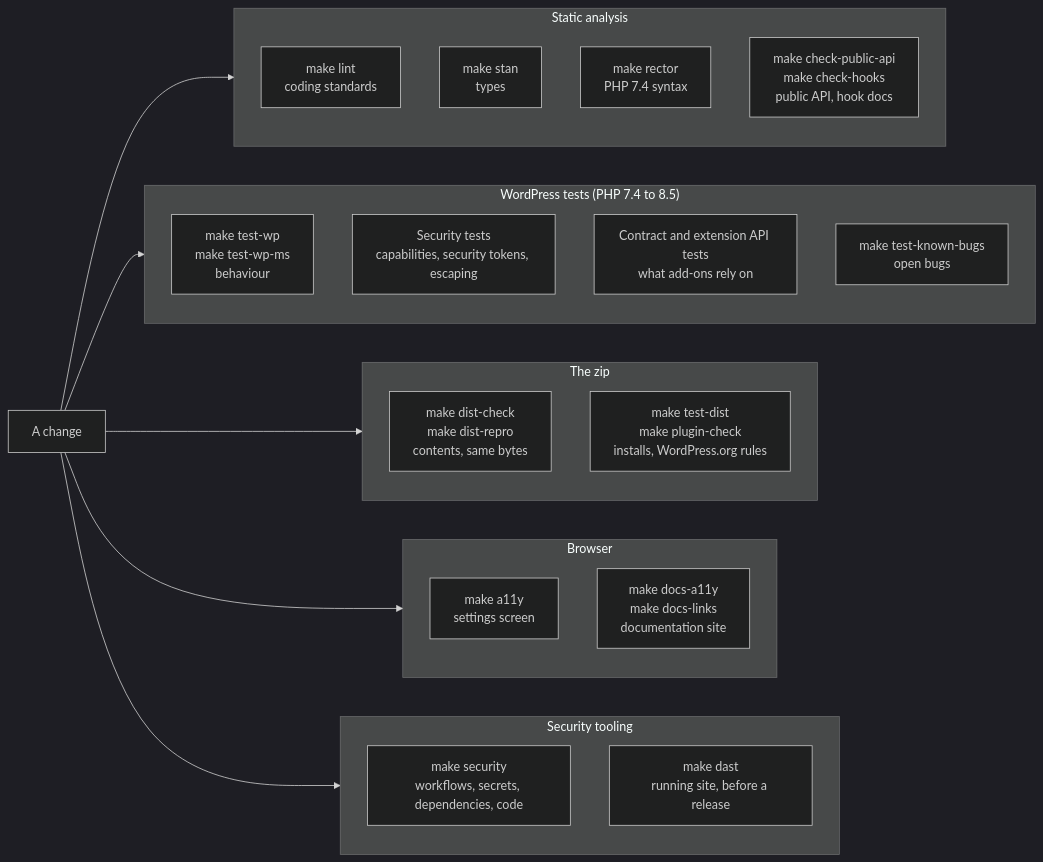
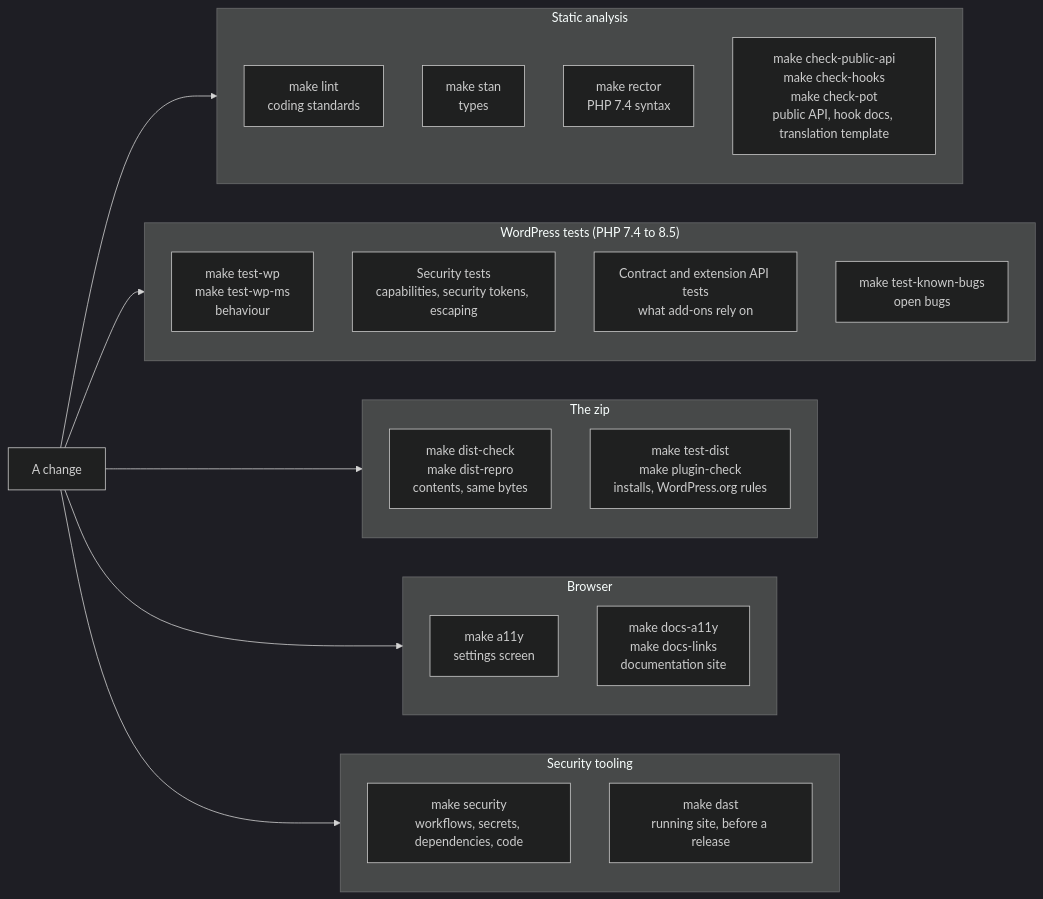
One commit to l3rady/wp-updates-notifier changed the diagram in docs/developers/testing.md. Above: the diagram before and after it, drawn with Mermaid (dark theme). The commit also changed other lines of this file and 5 other files, not shown here.

First line of the commit message:
build(i18n): generate the translation template and check it in ci

````diff
--- a/docs/developers/testing.md
+++ b/docs/developers/testing.md
@@ -5,33 +5,33 @@
 ```mermaid
 flowchart LR
     change["A change"] --> static
     change --> wp
     change --> pkg
     change --> browser
     change --> sec
 
     subgraph static["Static analysis"]
         lint["make lint<br>coding standards"]
         stan["make stan<br>types"]
         rector["make rector<br>PHP 7.4 syntax"]
-        api["make check-public-api<br>make check-hooks<br>public API, hook docs"]
+        api["make check-public-api<br>make check-hooks<br>make check-pot<br>public API, hook docs, translation template"]
     end
     subgraph wp["WordPress tests (PHP 7.4 to 8.5)"]
         suite["make test-wp<br>make test-wp-ms<br>behaviour"]
         secTests["Security tests<br>capabilities, security tokens, escaping"]
         contract["Contract and extension API tests<br>what add-ons rely on"]
         bugs["make test-known-bugs<br>open bugs"]
     end
     subgraph pkg["The zip"]
         dist["make dist-check<br>make dist-repro<br>contents, same bytes"]
         install["make test-dist<br>make plugin-check<br>installs, WordPress.org rules"]
     end
     subgraph browser["Browser"]
         a11y["make a11y<br>settings screen"]
         docsa11y["make docs-a11y<br>make docs-links<br>documentation site"]
     end
     subgraph sec["Security tooling"]
         scan["make security<br>workflows, secrets, dependencies, code"]
         dast["make dast<br>running site, before a release"]
     end
 ```
````
